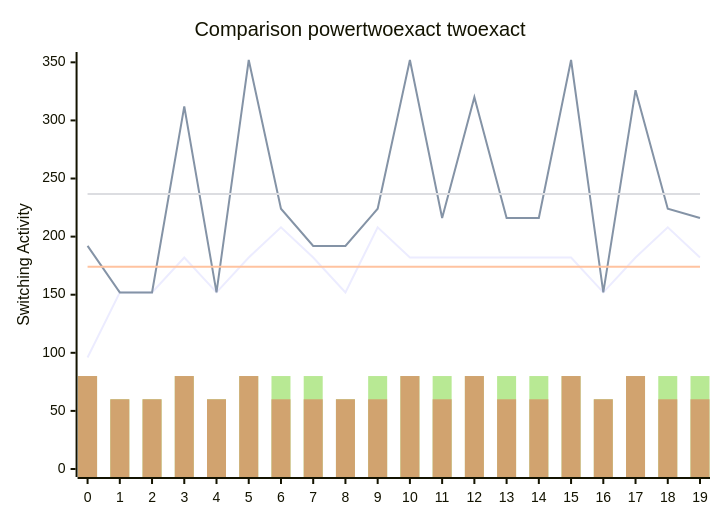
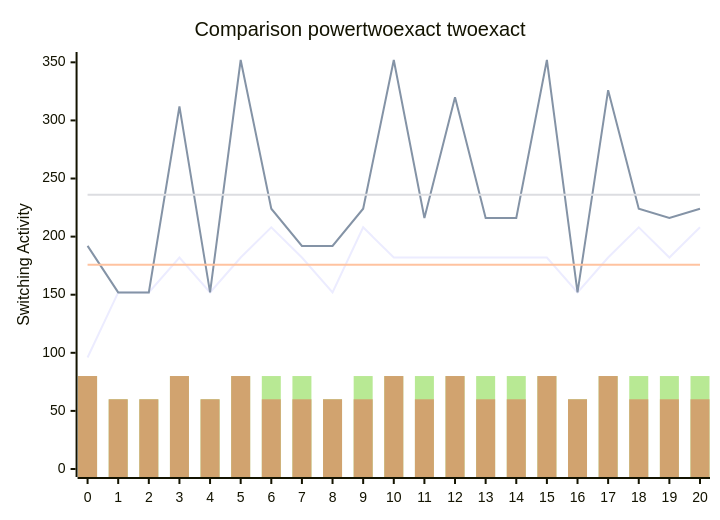
The diagram in benchmark.md (FeldmeierMichael/Exact-Power-Synthesis), drawn with Mermaid before and after one commit. The commit also changed other lines of this file and 2 other files, not shown here.

````diff
--- a/benchmark.md
+++ b/benchmark.md
@@ -41,12 +43,12 @@
 ```mermaid
 xychart-beta
     title "Comparison powertwoexact twoexact"
-    x-axis [0, 1, 2, 3, 4, 5, 6, 7, 8, 9, 10, 11, 12, 13, 14, 15, 16, 17, 18, 19]
+    x-axis [0, 1, 2, 3, 4, 5, 6, 7, 8, 9, 10, 11, 12, 13, 14, 15, 16, 17, 18, 19, 20]
     y-axis "Switching Activity" 0-->352
-    line [96, 152, 152, 182, 152, 182, 208, 182, 152, 208, 182, 182, 182, 182, 182, 182, 152, 182, 208, 182]
-    line [192, 152, 152, 312, 152, 352, 224, 192, 192, 224, 352, 216, 320, 216, 216, 352, 152, 326, 224, 216]
-    line [174.1, 174.1, 174.1, 174.1, 174.1, 174.1, 174.1, 174.1, 174.1, 174.1, 174.1, 174.1, 174.1, 174.1, 174.1, 174.1, 174.1, 174.1, 174.1, 174.1]
-    line [236.7, 236.7, 236.7, 236.7, 236.7, 236.7, 236.7, 236.7, 236.7, 236.7, 236.7, 236.7, 236.7, 236.7, 236.7, 236.7, 236.7, 236.7, 236.7, 236.7]
-    bar [80, 60, 60, 80, 60, 80, 80, 80, 60, 80, 80, 80, 80, 80, 80, 80, 60, 80, 80, 80]
-    bar [80, 60, 60, 80, 60, 80, 60, 60, 60, 60, 80, 60, 80, 60, 60, 80, 60, 80, 60, 60]
+    line [96, 152, 152, 182, 152, 182, 208, 182, 152, 208, 182, 182, 182, 182, 182, 182, 152, 182, 208, 182, 208]
+    line [192, 152, 152, 312, 152, 352, 224, 192, 192, 224, 352, 216, 320, 216, 216, 352, 152, 326, 224, 216, 224]
+    line [175.71428571428572, 175.71428571428572, 175.71428571428572, 175.71428571428572, 175.71428571428572, 175.71428571428572, 175.71428571428572, 175.71428571428572, 175.71428571428572, 175.71428571428572, 175.71428571428572, 175.71428571428572, 175.71428571428572, 175.71428571428572, 175.71428571428572, 175.71428571428572, 175.71428571428572, 175.71428571428572, 175.71428571428572, 175.71428571428572, 175.71428571428572]
+    line [236.0952380952381, 236.0952380952381, 236.0952380952381, 236.0952380952381, 236.0952380952381, 236.0952380952381, 236.0952380952381, 236.0952380952381, 236.0952380952381, 236.0952380952381, 236.0952380952381, 236.0952380952381, 236.0952380952381, 236.0952380952381, 236.0952380952381, 236.0952380952381, 236.0952380952381, 236.0952380952381, 236.0952380952381, 236.0952380952381, 236.0952380952381]
+    bar [80, 60, 60, 80, 60, 80, 80, 80, 60, 80, 80, 80, 80, 80, 80, 80, 60, 80, 80, 80, 80]
+    bar [80, 60, 60, 80, 60, 80, 60, 60, 60, 60, 80, 60, 80, 60, 60, 80, 60, 80, 60, 60, 60]
 ```
````
